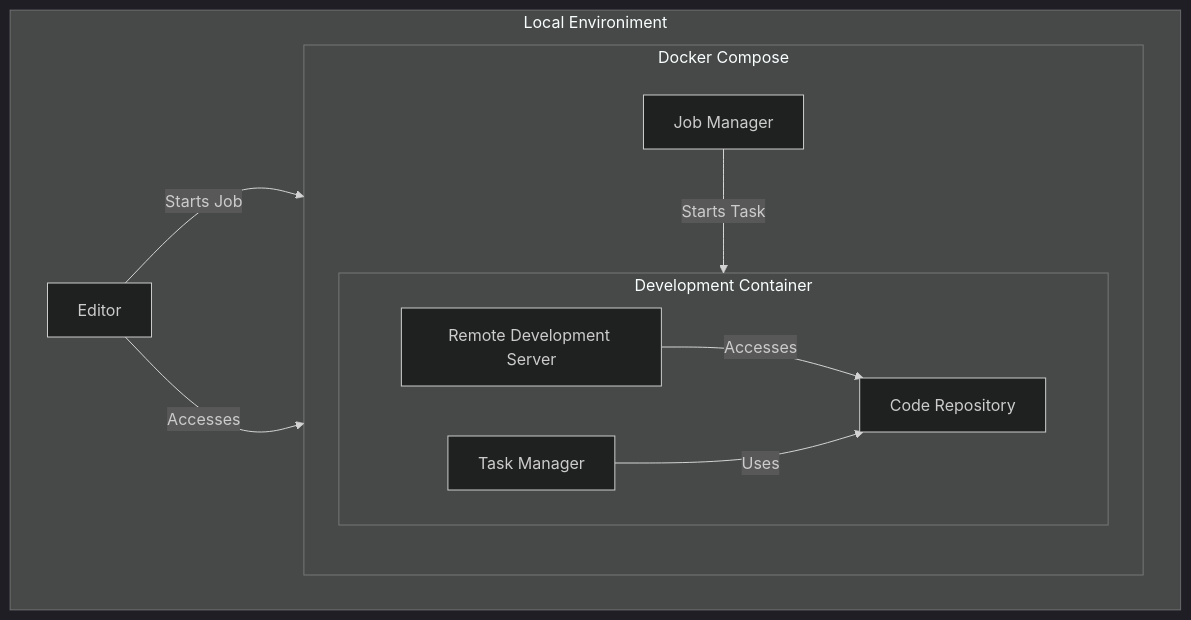
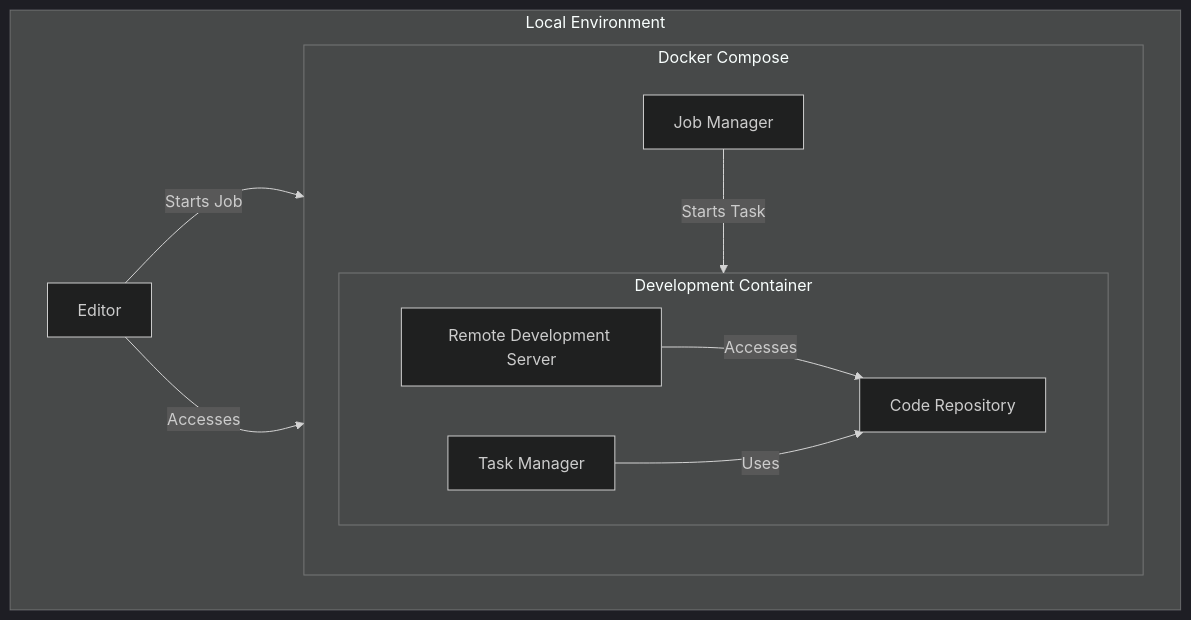
Before and after one commit to aureliusenterprise/pyflink-dev: the diagram in README.md, drawn with Mermaid (dark theme).

````diff
--- a/README.md
+++ b/README.md
@@ -26,26 +26,26 @@
 ```mermaid
 graph LR
 
-    subgraph LocalEnvironment["Local Environiment"]
+    subgraph LocalEnvironment["Local Environment"]
         direction LR
         Editor["Editor"]
 
         subgraph Docker["Docker Compose"]
             direction TB
             JobManager["Job Manager"]
 
             subgraph Devcontainer["Development Container"]
                 direction LR
                 RemoteServer["Remote Development Server"]
                 Repository["Code Repository"]
                 TaskManager["Task Manager"]
             end
         end
     end
 
     Editor -->|"Accesses"| RemoteServer
     RemoteServer -->|"Accesses"| Repository
     Editor -->|"Starts Job"| JobManager
     JobManager -->|"Starts Task"| TaskManager
     TaskManager -->|"Uses"| Repository
 ```
````
